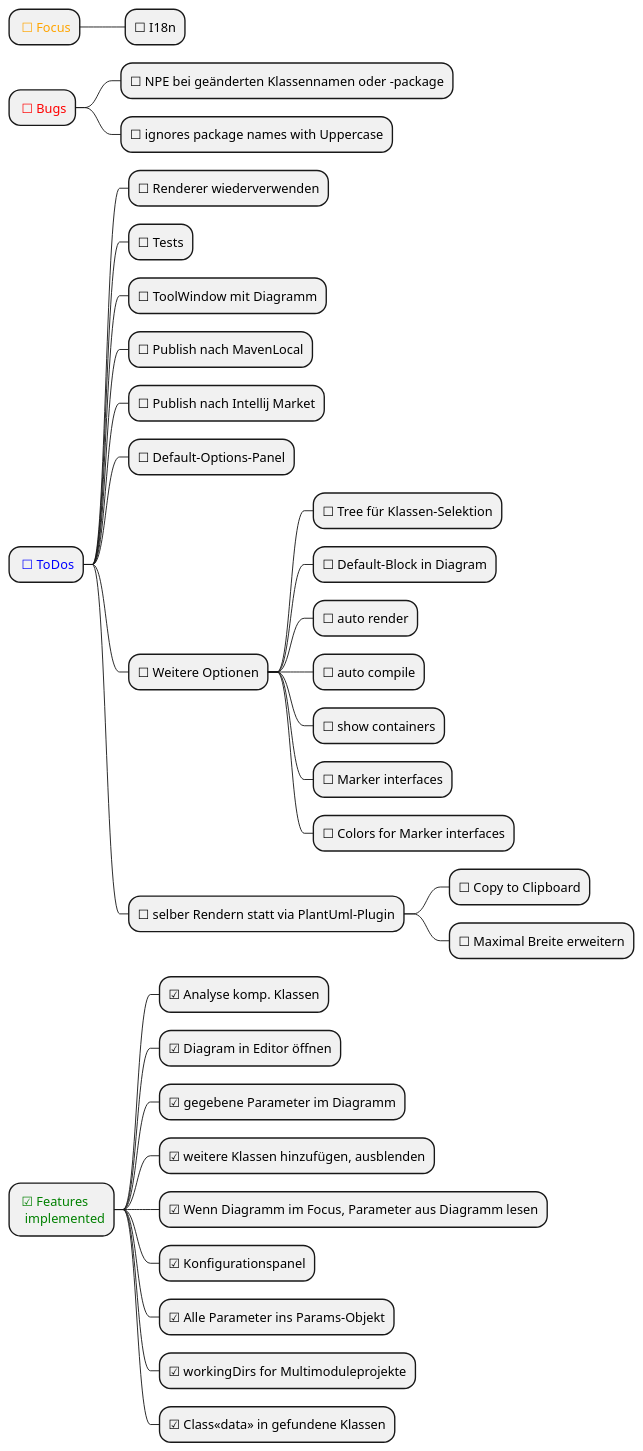
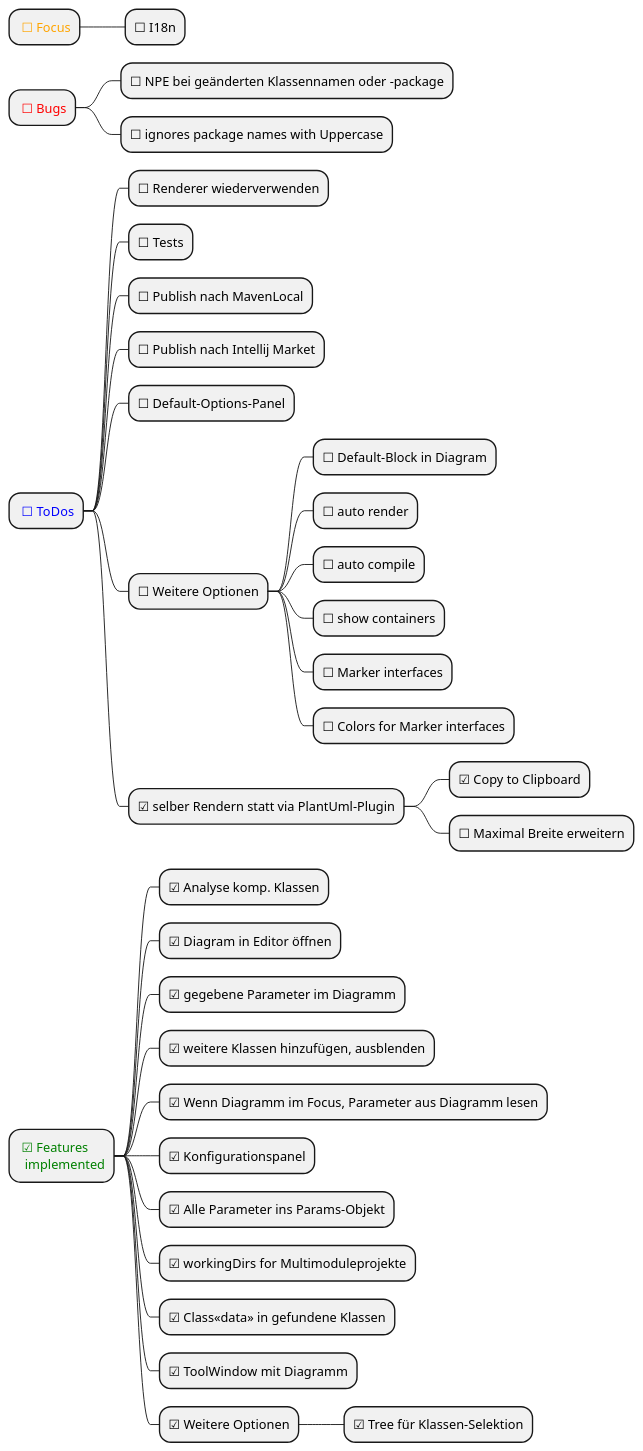
The diagram in docs/DevGuideRail.puml (MrDolch/plantarch-intellij-plugin), drawn with PlantUML before and after one commit. The commit also changed 4 other files, not shown here.

Commit message:
Add copy image to clipboard

```diff
--- a/docs/DevGuideRail.puml
+++ b/docs/DevGuideRail.puml
@@ -1,42 +1,43 @@
 @startmindmap
 skinparam monochrome false
 
 * <color:orange> ☐ Focus
 ** ☐ I18n
 
 * <color:red> ☐ Bugs
 ** ☐ NPE bei geänderten Klassennamen oder -package
 ** ☐ ignores package names with Uppercase
 
 * <color:blue> ☐ ToDos
 ** ☐ Renderer wiederverwenden
 ** ☐ Tests
-** ☐ ToolWindow mit Diagramm
 ** ☐ Publish nach MavenLocal
 ** ☐ Publish nach Intellij Market
 ** ☐ Default-Options-Panel
 ** ☐ Weitere Optionen
-*** ☐ Tree für Klassen-Selektion
 *** ☐ Default-Block in Diagram
 *** ☐ auto render
 *** ☐ auto compile
 *** ☐ show containers
 *** ☐ Marker interfaces
 *** ☐ Colors for Marker interfaces
-** ☐ selber Rendern statt via PlantUml-Plugin
-*** ☐ Copy to Clipboard
+** ☑ selber Rendern statt via PlantUml-Plugin
+*** ☑ Copy to Clipboard
 *** ☐ Maximal Breite erweitern
 
 
 * <color:green> ☑ Features\n <color:green> implemented
 ** ☑ Analyse komp. Klassen
 ** ☑ Diagram in Editor öffnen
 ** ☑ gegebene Parameter im Diagramm
 ** ☑ weitere Klassen hinzufügen, ausblenden
 ** ☑ Wenn Diagramm im Focus, Parameter aus Diagramm lesen
 ** ☑ Konfigurationspanel
 ** ☑ Alle Parameter ins Params-Objekt
 ** ☑ workingDirs for Multimoduleprojekte
 ** ☑ Class<<data>> in gefundene Klassen
+** ☑ ToolWindow mit Diagramm
+** ☑ Weitere Optionen
+*** ☑ Tree für Klassen-Selektion
 
 @endmindmap
```
